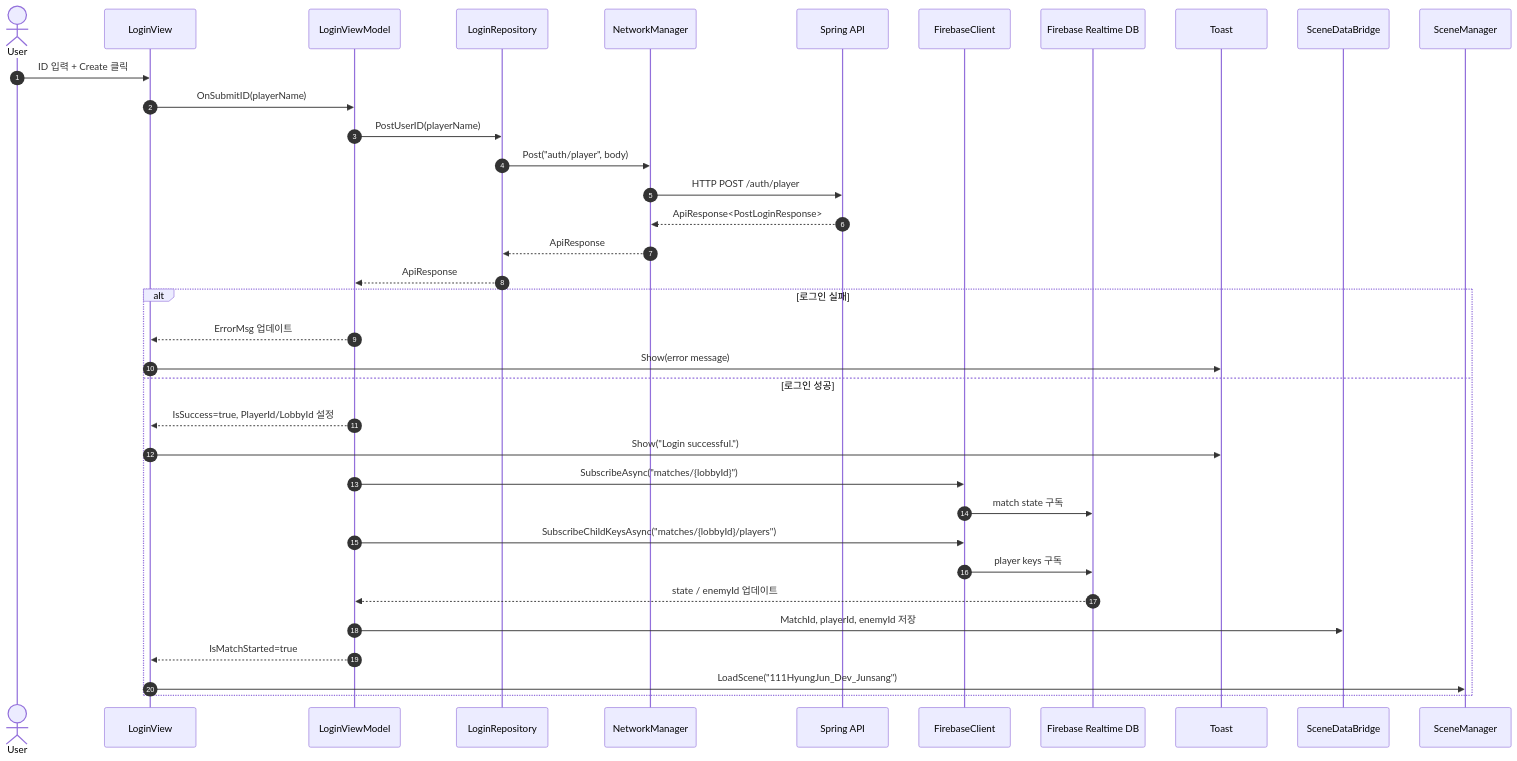
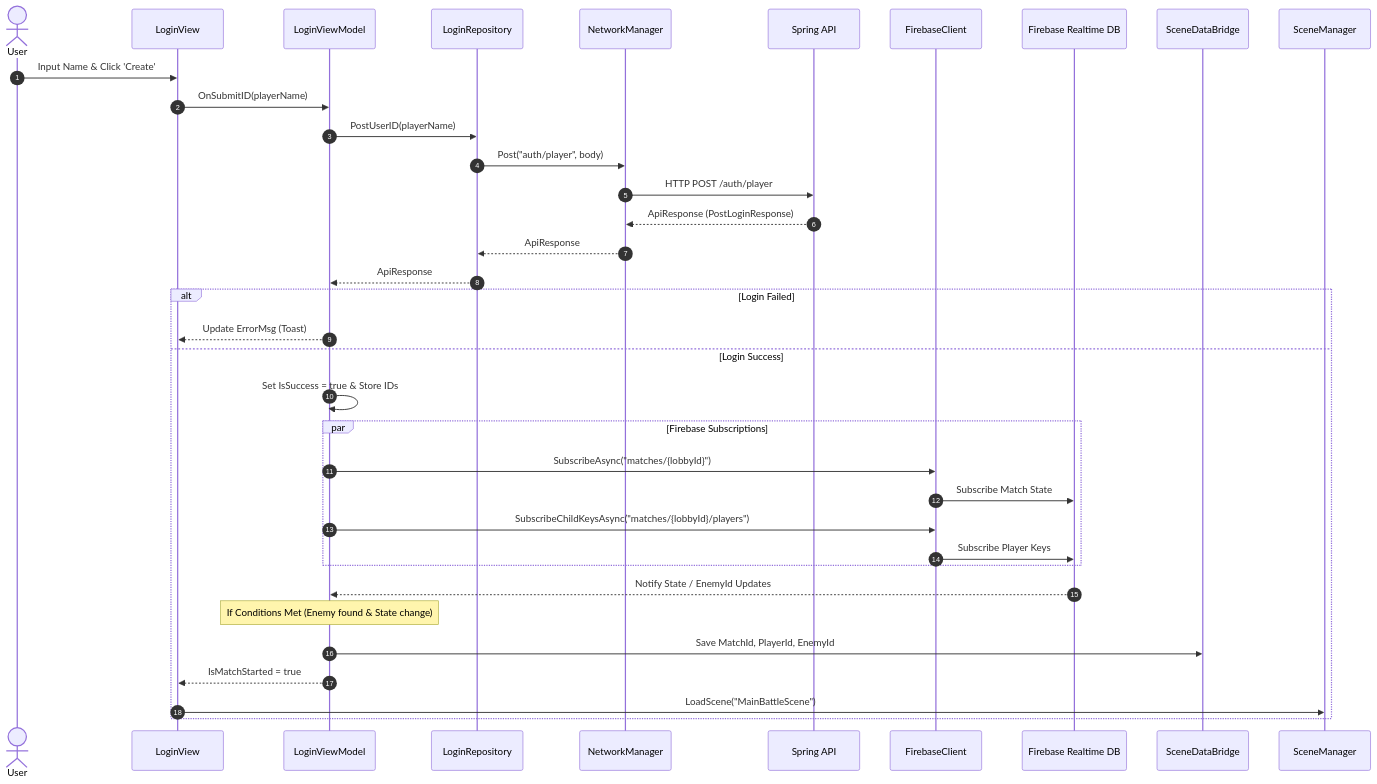
Before and after one commit to ajou-mediasoftengineering-26-team2/ajou-mse-client: the first of 2 diagrams in docs/architecture/sequence-diagram-login-mainbattle-split.md, drawn with Mermaid. The commit also changed 11 other files, not shown here.

````diff
--- a/docs/architecture/sequence-diagram-login-mainbattle-split.md
+++ b/docs/architecture/sequence-diagram-login-mainbattle-split.md
@@ -5,40 +5,43 @@
 ```mermaid
 sequenceDiagram
-  autonumber
-  actor User
-  participant LV as LoginView
-  participant LVM as LoginViewModel
-  participant LR as LoginRepository
-  participant NM as NetworkManager
-  participant API as Spring API
-  participant FBC as FirebaseClient
-  participant RTDB as Firebase Realtime DB
-  participant Toast as Toast
-  participant Bridge as SceneDataBridge
-  participant Scene as SceneManager
+    autonumber
+    actor User
+    participant LV as LoginView
+    participant LVM as LoginViewModel
+    participant LR as LoginRepository
+    participant NM as NetworkManager
+    participant API as Spring API
+    participant FBC as FirebaseClient
+    participant RTDB as Firebase Realtime DB
+    participant Bridge as SceneDataBridge
+    participant Scene as SceneManager
 
-  User->>LV: ID 입력 + Create 클릭
-  LV->>LVM: OnSubmitID(playerName)
-  LVM->>LR: PostUserID(playerName)
-  LR->>NM: Post("auth/player", body)
-  NM->>API: HTTP POST /auth/player
-  API-->>NM: ApiResponse<PostLoginResponse>
-  NM-->>LR: ApiResponse
-  LR-->>LVM: ApiResponse
+    User->>LV: Input Name & Click 'Create'
+    LV->>LVM: OnSubmitID(playerName)
+    LVM->>LR: PostUserID(playerName)
+    LR->>NM: Post("auth/player", body)
+    NM->>API: HTTP POST /auth/player
+    API-->>NM: ApiResponse (PostLoginResponse)
+    NM-->>LR: ApiResponse
+    LR-->>LVM: ApiResponse
 
-  alt 로그인 실패
-    LVM-->>LV: ErrorMsg 업데이트
-    LV->>Toast: Show(error message)
-  else 로그인 성공
-    LVM-->>LV: IsSuccess=true, PlayerId/LobbyId 설정
-    LV->>Toast: Show("Login successful.")
-    LVM->>FBC: SubscribeAsync("matches/{lobbyId}")
-    FBC->>RTDB: match state 구독
-    LVM->>FBC: SubscribeChildKeysAsync("matches/{lobbyId}/players")
-    FBC->>RTDB: player keys 구독
-    RTDB-->>LVM: state / enemyId 업데이트
-    LVM->>Bridge: MatchId, playerId, enemyId 저장
-    LVM-->>LV: IsMatchStarted=true
-    LV->>Scene: LoadScene("111HyungJun_Dev_Junsang")
-  end
+    alt Login Failed
+        LVM-->>LV: Update ErrorMsg (Toast)
+    else Login Success
+        LVM->>LVM: Set IsSuccess = true & Store IDs
+        
+        par Firebase Subscriptions
+            LVM->>FBC: SubscribeAsync("matches/{lobbyId}")
+            FBC->>RTDB: Subscribe Match State
+            LVM->>FBC: SubscribeChildKeysAsync("matches/{lobbyId}/players")
+            FBC->>RTDB: Subscribe Player Keys
+        end
+
+        RTDB-->>LVM: Notify State / EnemyId Updates
+        
+        Note over LVM: If Conditions Met (Enemy found & State change)
+        LVM->>Bridge: Save MatchId, PlayerId, EnemyId
+        LVM-->>LV: IsMatchStarted = true
+        LV->>Scene: LoadScene("MainBattleScene")
+    end
 ```
````
